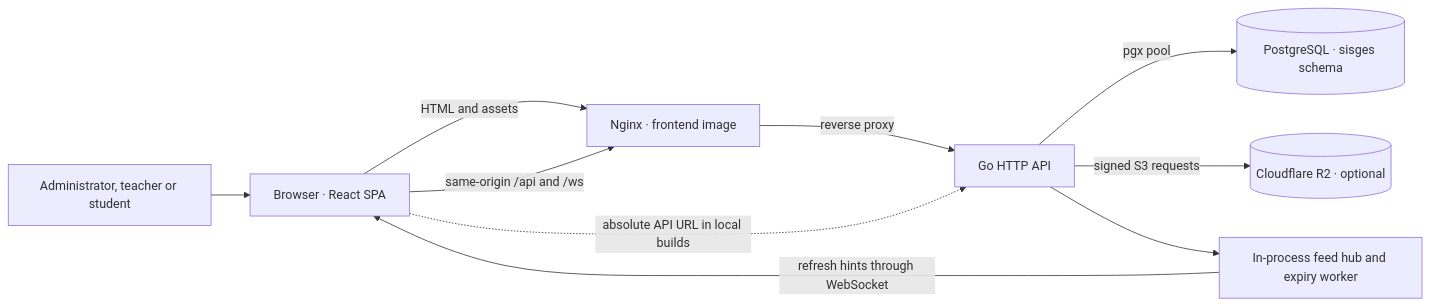
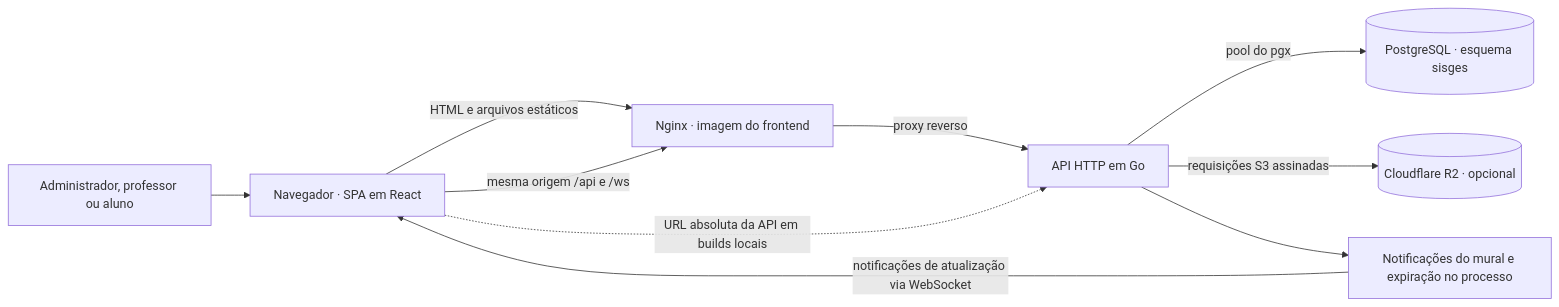
Before and after one commit to SISGES/sisges-sboot-app: the diagram in docs/architecture/system.md, drawn with Mermaid. The commit also changed other lines of this file and 40 other files, not shown here.

````diff
--- a/docs/architecture/system.md
+++ b/docs/architecture/system.md
@@ -13,12 +13,12 @@
 ```mermaid
 flowchart LR
-    Person["Administrator, teacher or student"] --> Browser["Browser · React SPA"]
-    Browser -->|HTML and assets| Web["Nginx · frontend image"]
-    Browser -->|same-origin /api and /ws| Web
-    Web -->|reverse proxy| API["Go HTTP API"]
-    Browser -.->|absolute API URL in local builds| API
-    API -->|pgx pool| DB[("PostgreSQL · sisges schema")]
-    API -->|signed S3 requests| R2[("Cloudflare R2 · optional")]
-    API --> Hub["In-process feed hub and expiry worker"]
-    Hub -->|refresh hints through WebSocket| Browser
+    Person["Administrador, professor ou aluno"] --> Browser["Navegador · SPA em React"]
+    Browser -->|HTML e arquivos estáticos| Web["Nginx · imagem do frontend"]
+    Browser -->|mesma origem /api e /ws| Web
+    Web -->|proxy reverso| API["API HTTP em Go"]
+    Browser -.->|URL absoluta da API em builds locais| API
+    API -->|pool do pgx| DB[("PostgreSQL · esquema sisges")]
+    API -->|requisições S3 assinadas| R2[("Cloudflare R2 · opcional")]
+    API --> Hub["Notificações do mural e expiração no processo"]
+    Hub -->|notificações de atualização via WebSocket| Browser
 ```
````
